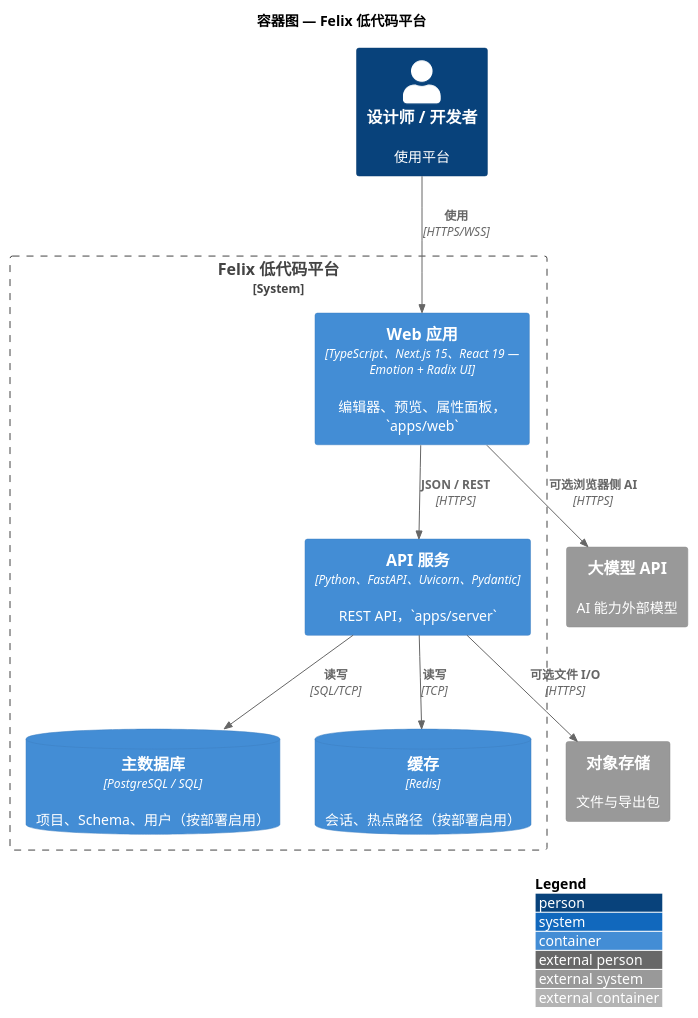
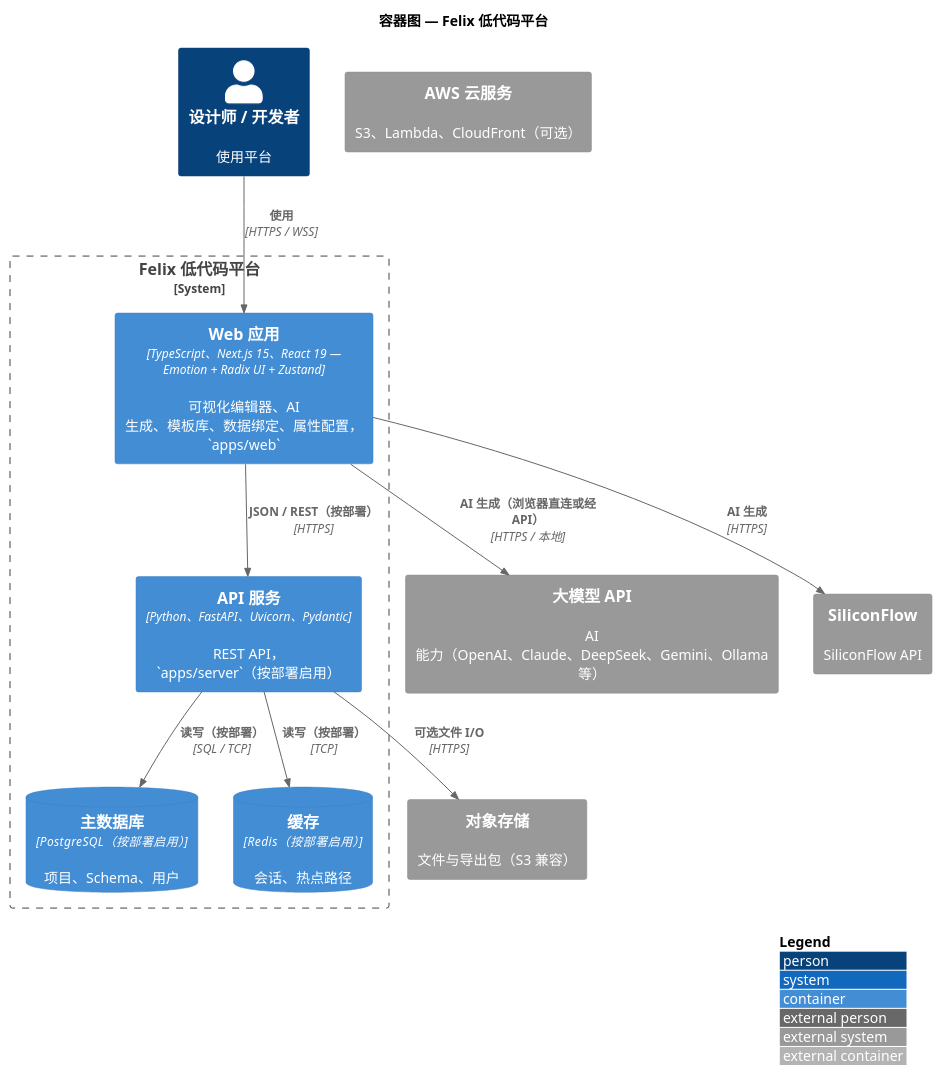
The diagram in docs/zh/architecture/c4/c4-container.puml (felixzhu97/low-code-platform), drawn with PlantUML before and after one commit. The commit also changed 41 other files, not shown here.

```diff
--- a/docs/zh/architecture/c4/c4-container.puml
+++ b/docs/zh/architecture/c4/c4-container.puml
@@ -1,27 +1,30 @@
 @startuml c4-container-felix-zh
 !include https://raw.githubusercontent.com/plantuml-stdlib/C4-PlantUML/master/C4_Container.puml
 
 LAYOUT_WITH_LEGEND()
 
 title 容器图 — Felix 低代码平台
 
 Person(user, "设计师 / 开发者", "使用平台")
 
 System_Boundary(boundary, "Felix 低代码平台") {
-    Container(web, "Web 应用", "TypeScript、Next.js 15、React 19 — Emotion + Radix UI", "编辑器、预览、属性面板，`apps/web`")
-    Container(api, "API 服务", "Python、FastAPI、Uvicorn、Pydantic", "REST API，`apps/server`")
-    ContainerDb(db, "主数据库", "PostgreSQL / SQL", "项目、Schema、用户（按部署启用）")
-    ContainerDb(cache, "缓存", "Redis", "会话、热点路径（按部署启用）")
+    Container(web, "Web 应用", "TypeScript、Next.js 15、React 19 — Emotion + Radix UI + Zustand", "可视化编辑器、AI 生成、模板库、数据绑定、属性配置，`apps/web`")
+    Container(api, "API 服务", "Python、FastAPI、Uvicorn、Pydantic", "REST API，`apps/server`（按部署启用）")
+    ContainerDb(db, "主数据库", "PostgreSQL（按部署启用）", "项目、Schema、用户")
+    ContainerDb(cache, "缓存", "Redis（按部署启用）", "会话、热点路径")
 }
 
-System_Ext(llm, "大模型 API", "AI 能力外部模型")
-System_Ext(object_store, "对象存储", "文件与导出包")
+System_Ext(llm, "大模型 API", "AI 能力（OpenAI、Claude、DeepSeek、Gemini、Ollama 等）")
+System_Ext(sf, "SiliconFlow", "SiliconFlow API")
+System_Ext(object_store, "对象存储", "文件与导出包（S3 兼容）")
+System_Ext(aws, "AWS 云服务", "S3、Lambda、CloudFront（可选）")
 
-Rel(user, web, "使用", "HTTPS/WSS")
-Rel(web, api, "JSON / REST", "HTTPS")
-Rel(api, db, "读写", "SQL/TCP")
-Rel(api, cache, "读写", "TCP")
+Rel(user, web, "使用", "HTTPS / WSS")
+Rel(web, api, "JSON / REST（按部署）", "HTTPS")
+Rel(api, db, "读写（按部署）", "SQL / TCP")
+Rel(api, cache, "读写（按部署）", "TCP")
 Rel(api, object_store, "可选文件 I/O", "HTTPS")
-Rel(web, llm, "可选浏览器侧 AI", "HTTPS")
+Rel(web, llm, "AI 生成（浏览器直连或经 API）", "HTTPS / 本地")
+Rel(web, sf, "AI 生成", "HTTPS")
 
 @enduml
```
